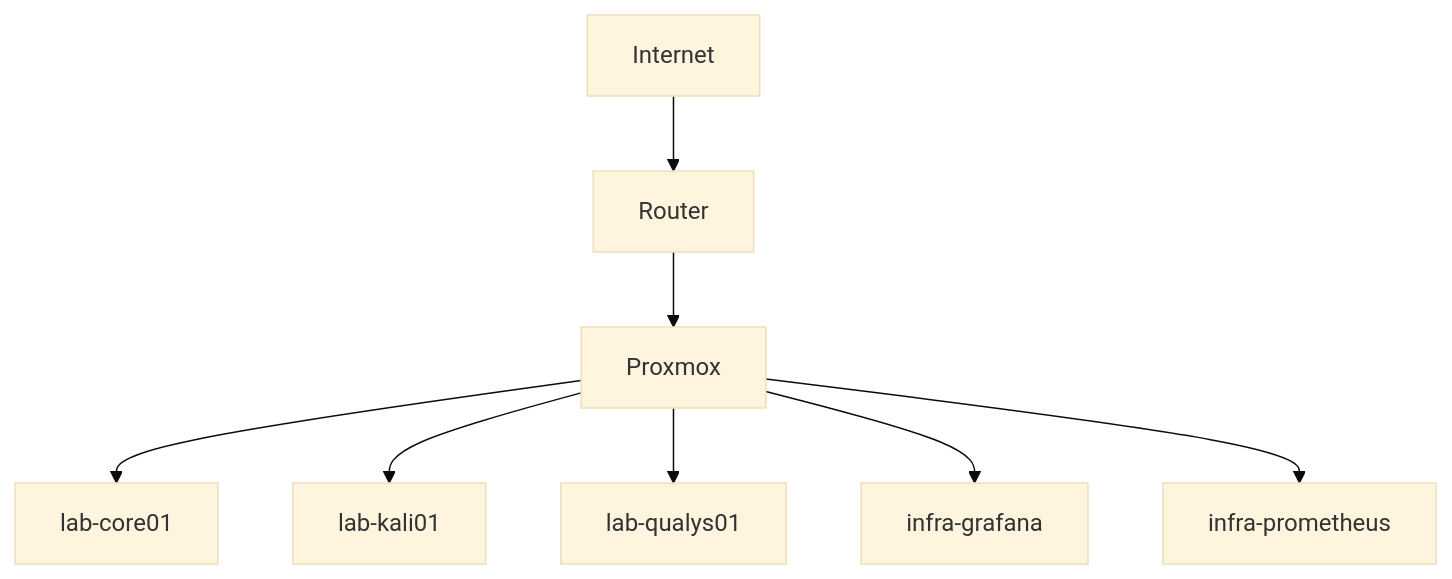
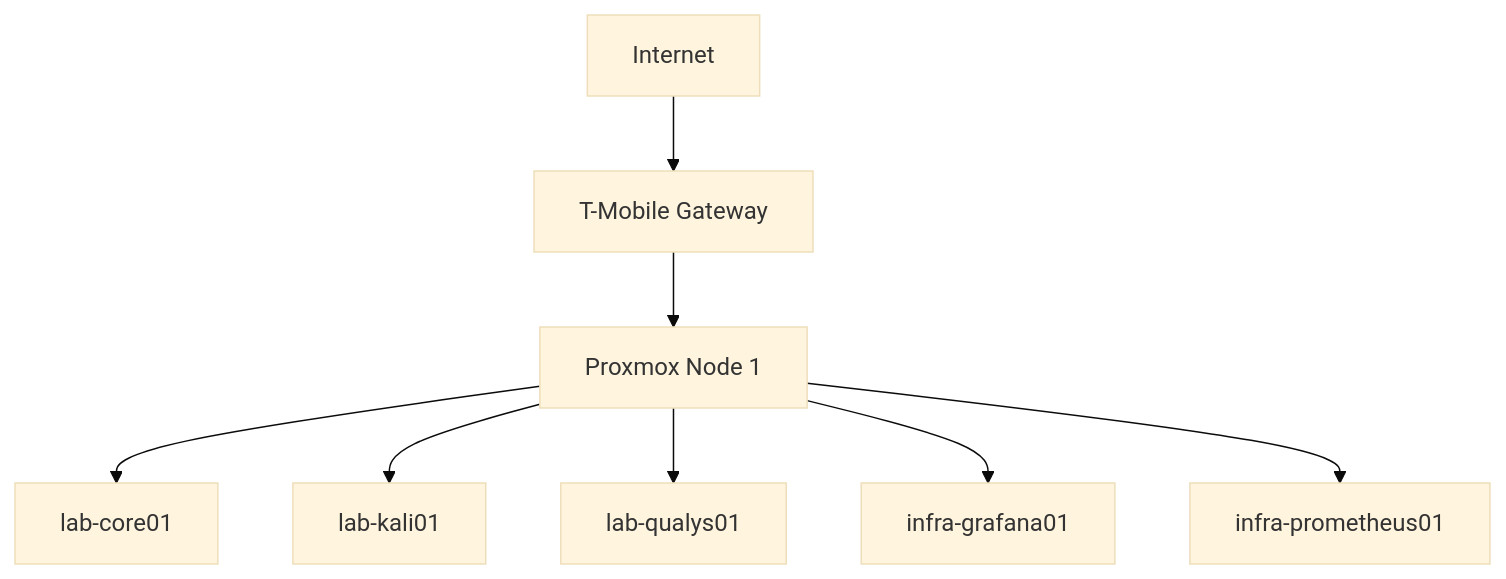
One commit to Tearstone/tearstone-homelab changed the third of 3 diagrams in docs/architecture.md. Above: the diagram before and after it, drawn with Mermaid (base theme). The commit also changed other lines of this file, not shown here.

````diff
--- a/docs/architecture.md
+++ b/docs/architecture.md
@@ -41,12 +61,11 @@
 ```mermaid
 graph TD
-    Internet --> Router
+    Internet --> Router["T-Mobile Gateway"]
+    Router --> Proxmox["Proxmox Node 1"]
 
-    Router --> Proxmox
-
-    Proxmox --> lab-core01
-    Proxmox --> lab-kali01
-    Proxmox --> lab-qualys01
-    Proxmox --> infra-grafana
-    Proxmox --> infra-prometheus
+    Proxmox --> Core["lab-core01"]
+    Proxmox --> Kali["lab-kali01"]
+    Proxmox --> Qualys["lab-qualys01"]
+    Proxmox --> Grafana["infra-grafana01"]
+    Proxmox --> Prometheus["infra-prometheus01"]
 ```
````
